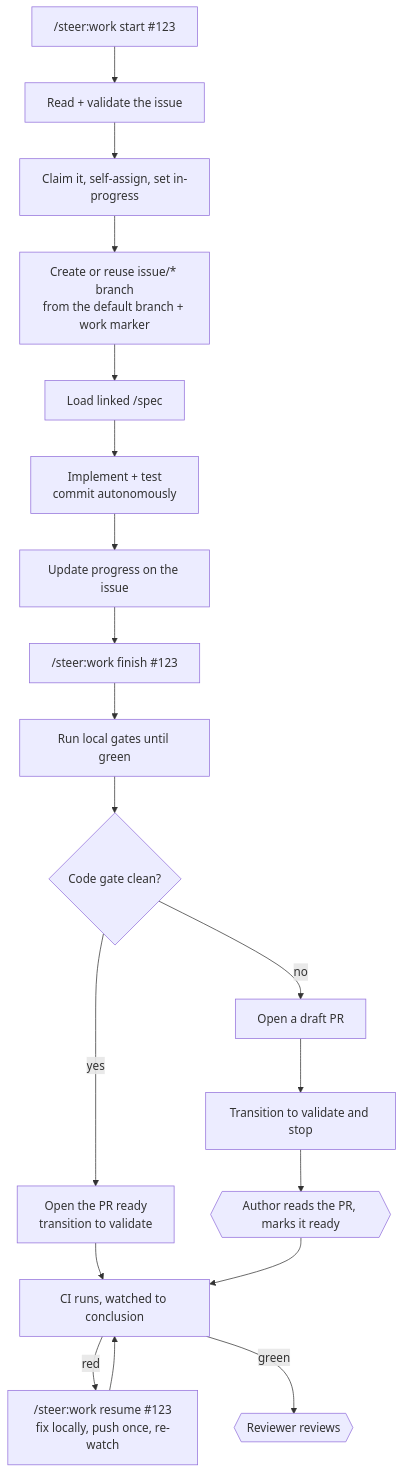
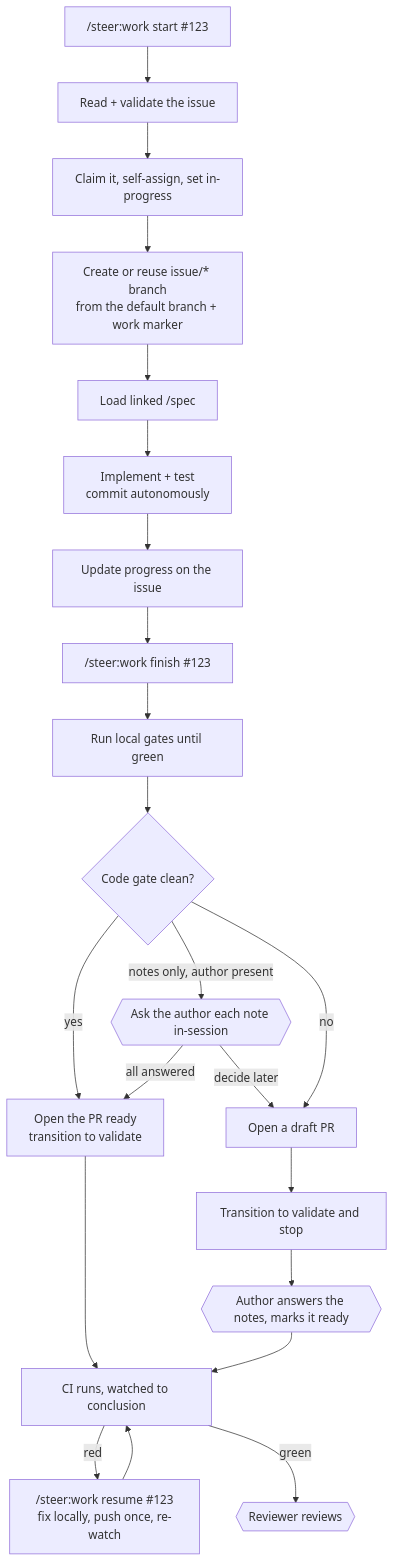
One commit to element22llc/e22-plugins changed the diagram in docs/workflows/work.md. Above: the diagram before and after it, drawn with Mermaid. The commit also changed 15 other files, not shown here.

First line of the commit message:
feat(skills): ask /steer:work reviewer notes in-session, not via a draft

````diff
--- a/docs/workflows/work.md
+++ b/docs/workflows/work.md
@@ -64,21 +64,24 @@
 ```mermaid
 flowchart TD
     START["/steer:work start #123"] --> VALIDATE[Read + validate the issue]
     VALIDATE --> CLAIM[Claim it, self-assign, set in-progress]
     CLAIM --> BRANCH[Create or reuse issue/* branch<br/>from the default branch + work marker]
     BRANCH --> SPEC[Load linked /spec]
     SPEC --> IMPL[Implement + test<br/>commit autonomously]
     IMPL --> PROGRESS[Update progress on the issue]
     PROGRESS --> FINISH["/steer:work finish #123"]
     FINISH --> GATES[Run local gates until green]
     GATES --> CLEAN{Code gate clean?}
     CLEAN -->|yes| RPR[Open the PR ready<br/>transition to validate]
     RPR --> CI[CI runs, watched to conclusion]
+    CLEAN -->|notes only, author present| ASK{{Ask the author each note in-session}}
+    ASK -->|all answered| RPR
+    ASK -->|decide later| PR
     CLEAN -->|no| PR[Open a draft PR]
     PR --> STATE[Transition to validate and stop]
-    STATE --> READY{{Author reads the PR, marks it ready}}
+    STATE --> READY{{Author answers the notes, marks it ready}}
     READY --> CI
     CI -->|red| FIX["/steer:work resume #123<br/>fix locally, push once, re-watch"]
     FIX --> CI
     CI -->|green| REVIEW{{Reviewer reviews}}
 ```
````
